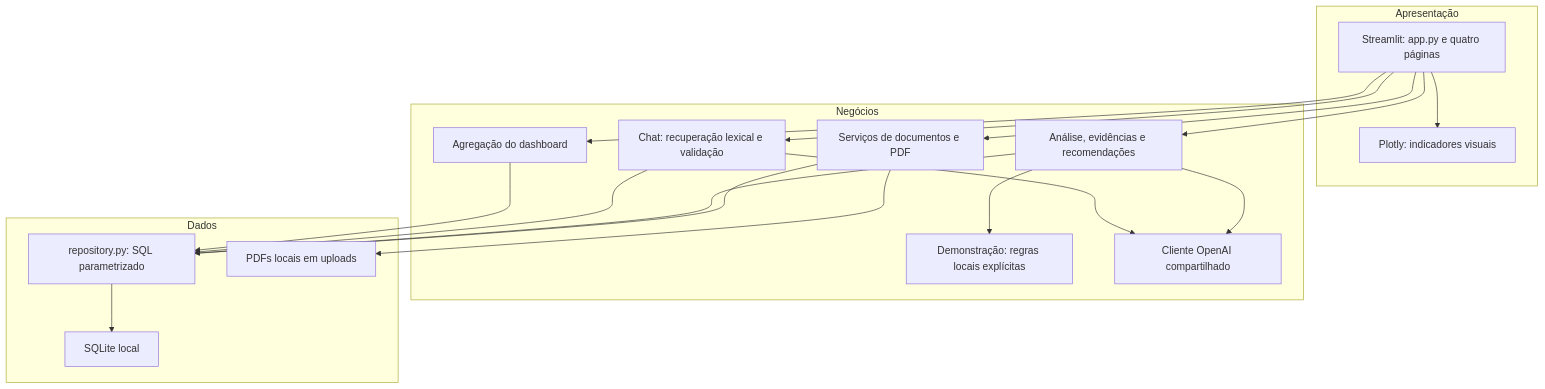
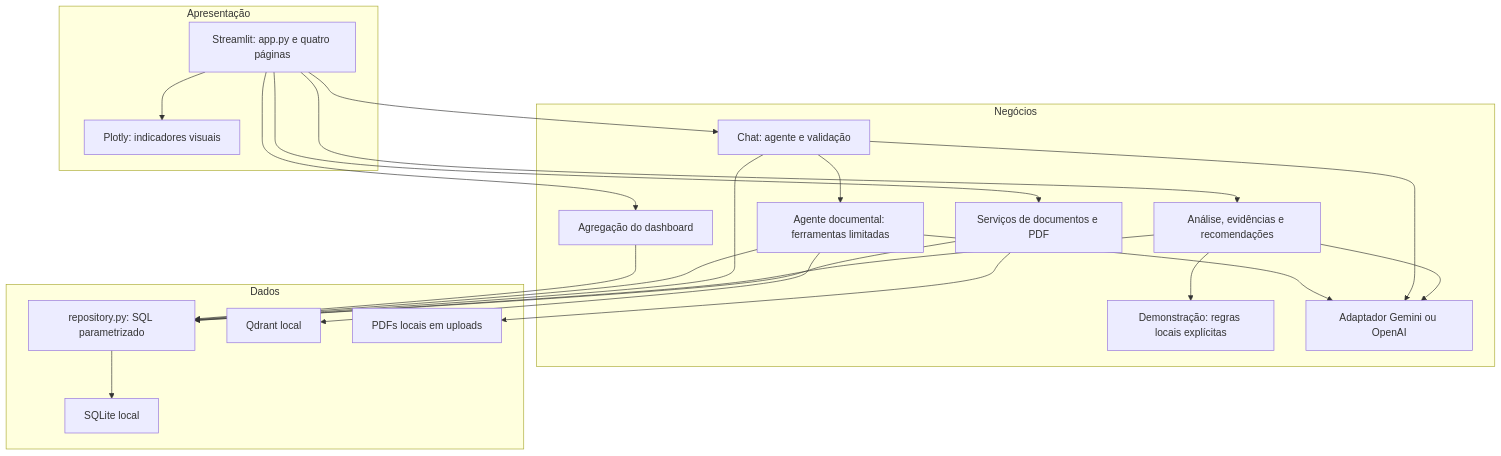
Before and after one commit to MatheusV2021/InsightFlow---AKCIT: the diagram in docs/architecture.md, drawn with Mermaid. The commit also changed other lines of this file and 26 other files, not shown here.

````diff
--- a/docs/architecture.md
+++ b/docs/architecture.md
@@ -5,34 +5,40 @@
 ```mermaid
 flowchart TB
     subgraph presentation[Apresentação]
         UI[Streamlit: app.py e quatro páginas]
         Charts[Plotly: indicadores visuais]
     end
     subgraph business[Negócios]
         Documents[Serviços de documentos e PDF]
         Analysis[Análise, evidências e recomendações]
         Demo[Demonstração: regras locais explícitas]
-        Chat[Chat: recuperação lexical e validação]
+        Chat[Chat: agente e validação]
+        Agent[Agente documental: ferramentas limitadas]
         Dashboard[Agregação do dashboard]
-        LLM[Cliente OpenAI compartilhado]
+        LLM[Adaptador Gemini ou OpenAI]
     end
     subgraph data[Dados]
         Repository[repository.py: SQL parametrizado]
         SQLite[SQLite local]
+        Vectors[Qdrant local]
         Files[PDFs locais em uploads]
     end
     UI --> Documents
     UI --> Analysis
     UI --> Chat
     UI --> Dashboard
     UI --> Charts
     Analysis --> Demo
     Analysis --> LLM
     Chat --> LLM
     Documents --> Repository
     Analysis --> Repository
     Chat --> Repository
+    Chat --> Agent
+    Agent --> Vectors
+    Agent --> Repository
+    Agent --> LLM
     Dashboard --> Repository
     Repository --> SQLite
     Documents --> Files
 ```
````
